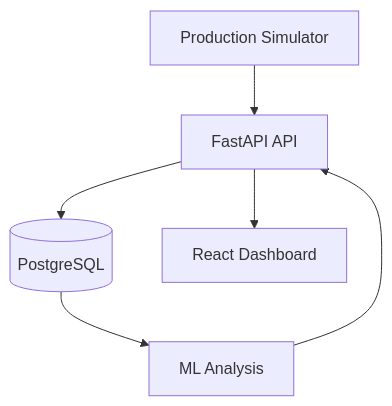
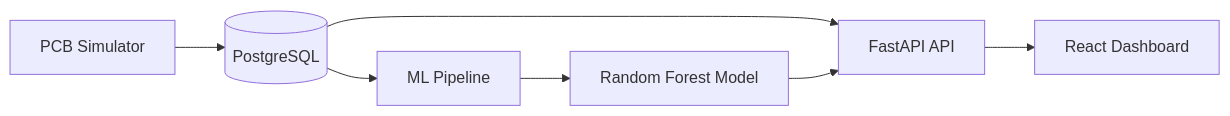
The diagram in README.md (emredogan123/FactoryPulse), drawn with Mermaid before and after one commit. The commit also changed other lines of this file, not shown here.

````diff
--- a/README.md
+++ b/README.md
@@ -30,8 +39,9 @@
 ```mermaid
-flowchart TD
-    S[Production Simulator] --> A[FastAPI API]
-    A --> P[(PostgreSQL)]
-    P --> M[ML Analysis]
-    M --> A
-    A --> W[React Dashboard]
+flowchart LR
+    S[PCB Simulator] --> DB[(PostgreSQL)]
+    DB --> ML[ML Pipeline]
+    ML --> MODEL[Random Forest Model]
+    DB --> API[FastAPI API]
+    MODEL --> API
+    API --> UI[React Dashboard]
 ```
````
